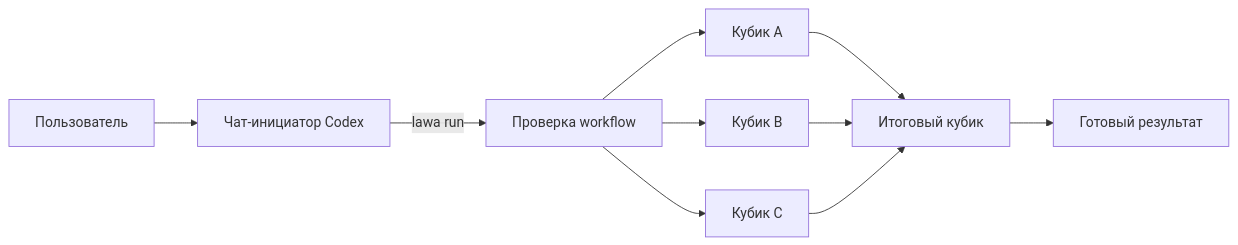
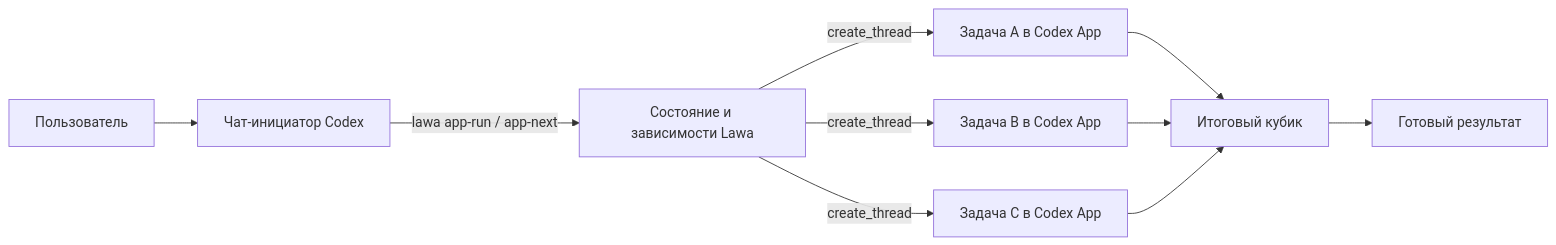
One commit to stray-live-pixel/Lawa changed the diagram in README.md. Above: the diagram before and after it, drawn with Mermaid. The commit also changed other lines of this file and 11 other files, not shown here.

Commit message:
feat: run workflows as Codex App tasks

````diff
--- a/README.md
+++ b/README.md
@@ -300,12 +301,12 @@
 ```mermaid
 flowchart LR
     U[Пользователь] --> I[Чат-инициатор Codex]
-    I -->|lawa run| V[Проверка workflow]
-    V --> A[Кубик A]
-    V --> B[Кубик B]
-    V --> C[Кубик C]
+    I -->|lawa app-run / app-next| V[Состояние и зависимости Lawa]
+    V -->|create_thread| A[Задача A в Codex App]
+    V -->|create_thread| B[Задача B в Codex App]
+    V -->|create_thread| C[Задача C в Codex App]
     A --> S[Итоговый кубик]
     B --> S
     C --> S
     S --> R[Готовый результат]
 ```
````
